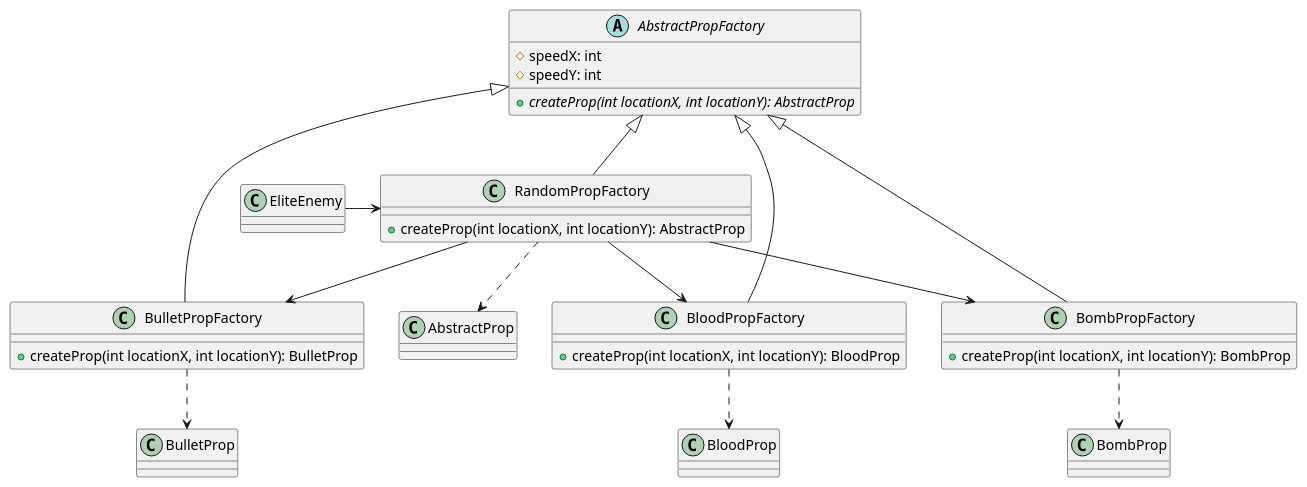
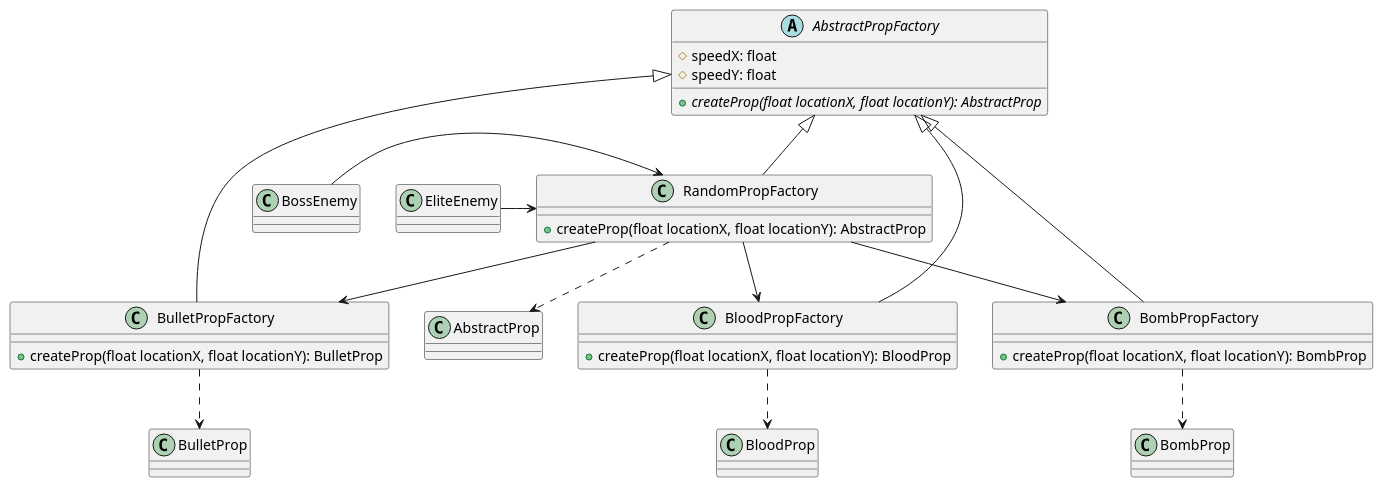
Before and after one commit to Jim-shop/AircraftWar: the diagram in uml/PropFactory.puml, drawn with PlantUML. The commit also changed 45 other files, not shown here.

```diff
--- a/uml/PropFactory.puml
+++ b/uml/PropFactory.puml
@@ -1,37 +1,37 @@
 @startuml
 
 abstract class AbstractPropFactory {
-    # speedX: int
-    # speedY: int
-    + {abstract} createProp(int locationX, int locationY): AbstractProp
+    # speedX: float
+    # speedY: float
+    + {abstract} createProp(float locationX, float locationY): AbstractProp
 }
 
 class BloodPropFactory extends AbstractPropFactory {
-    + createProp(int locationX, int locationY): BloodProp
+    + createProp(float locationX, float locationY): BloodProp
 }
 
 class BombPropFactory extends AbstractPropFactory {
-    + createProp(int locationX, int locationY): BombProp
+    + createProp(float locationX, float locationY): BombProp
 }
 
 class BulletPropFactory extends AbstractPropFactory {
-    + createProp(int locationX, int locationY): BulletProp
+    + createProp(float locationX, float locationY): BulletProp
 }
 
 class RandomPropFactory extends AbstractPropFactory {
-    + createProp(int locationX, int locationY): AbstractProp
+    + createProp(float locationX, float locationY): AbstractProp
 }
 
 RandomPropFactory --> BloodPropFactory
 RandomPropFactory --> BombPropFactory
 RandomPropFactory --> BulletPropFactory
 
 BloodPropFactory ..> BloodProp
 BombPropFactory ..> BombProp
 BulletPropFactory ..> BulletProp
 RandomPropFactory ..> AbstractProp
 
-class EliteEnemy{}
 EliteEnemy -> RandomPropFactory
+BossEnemy -> RandomPropFactory
 
 @enduml
```
